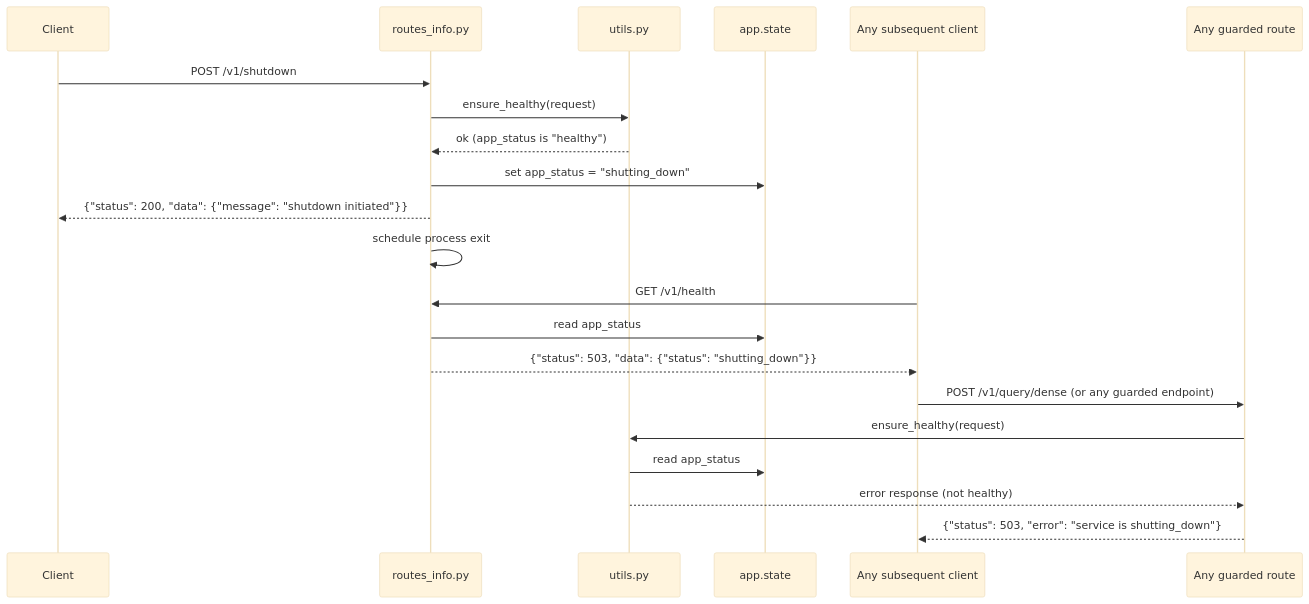
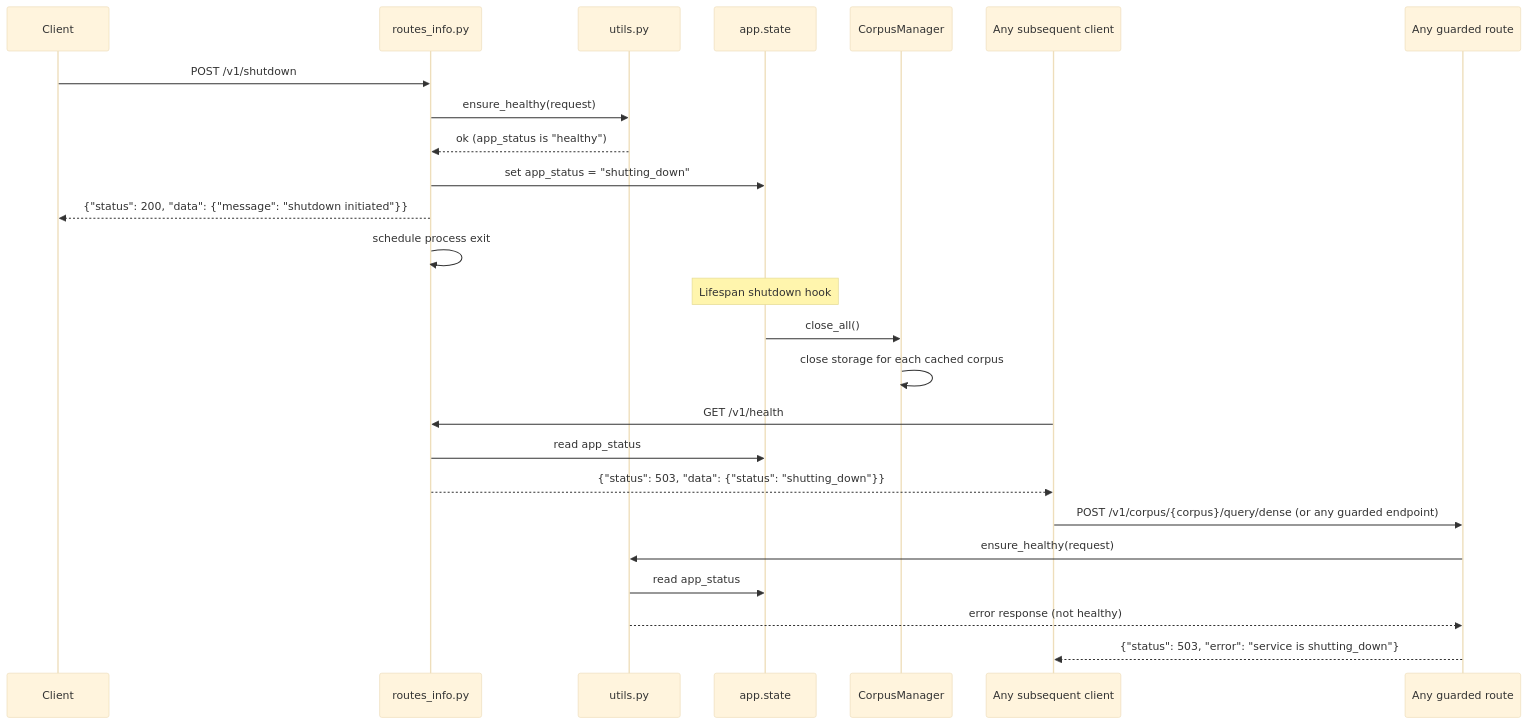
One commit to florianbuetow/mini-rag changed the tenth of 10 diagrams in docs/SPECIFICATION-DATA-FLOW.md. Above: the diagram before and after it, drawn with Mermaid (base theme). The commit also changed other lines of this file and 2 other files, not shown here.

First line of the commit message:
Update specification docs for citations, reranking, and multi-corpus

````diff
--- a/docs/SPECIFICATION-DATA-FLOW.md
+++ b/docs/SPECIFICATION-DATA-FLOW.md
@@ -568,26 +727,31 @@
 ```mermaid
 sequenceDiagram
     participant C as Client
     participant RA as routes_info.py
     participant U as utils.py
     participant APP as app.state
+    participant CM as CorpusManager
     participant C2 as Any subsequent client
     participant R as Any guarded route
 
     C->>RA: POST /v1/shutdown
     RA->>U: ensure_healthy(request)
     U-->>RA: ok (app_status is "healthy")
     RA->>APP: set app_status = "shutting_down"
     RA-->>C: {"status": 200, "data": {"message": "shutdown initiated"}}
     RA->>RA: schedule process exit
 
+    Note over APP: Lifespan shutdown hook
+    APP->>CM: close_all()
+    CM->>CM: close storage for each cached corpus
+
     C2->>RA: GET /v1/health
     RA->>APP: read app_status
     RA-->>C2: {"status": 503, "data": {"status": "shutting_down"}}
 
-    C2->>R: POST /v1/query/dense (or any guarded endpoint)
+    C2->>R: POST /v1/corpus/{corpus}/query/dense (or any guarded endpoint)
     R->>U: ensure_healthy(request)
     U->>APP: read app_status
     U-->>R: error response (not healthy)
     R-->>C2: {"status": 503, "error": "service is shutting_down"}
 ```
````
